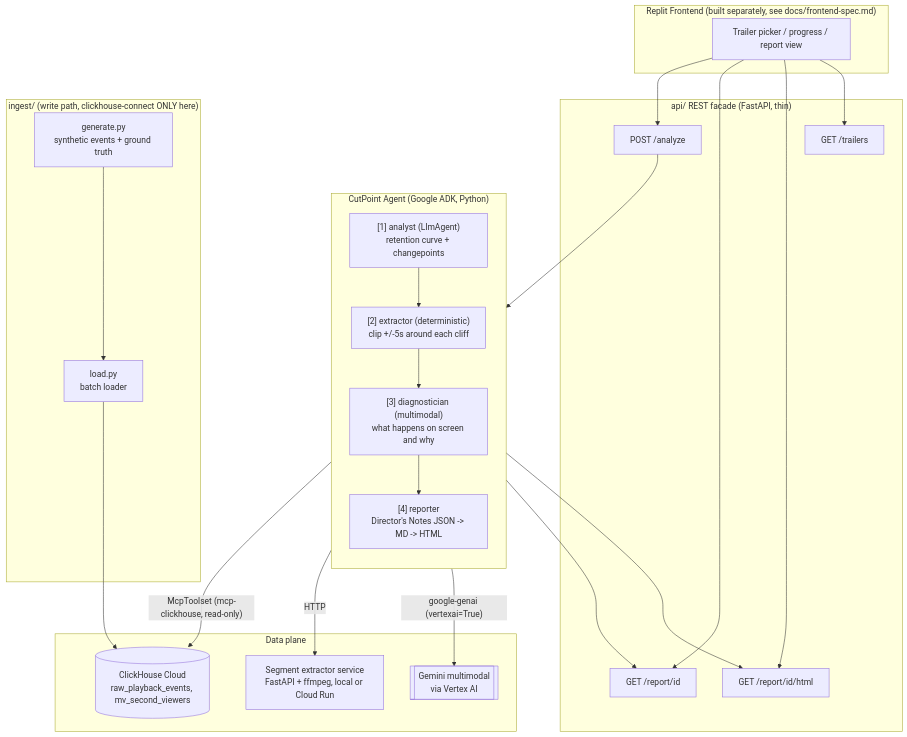
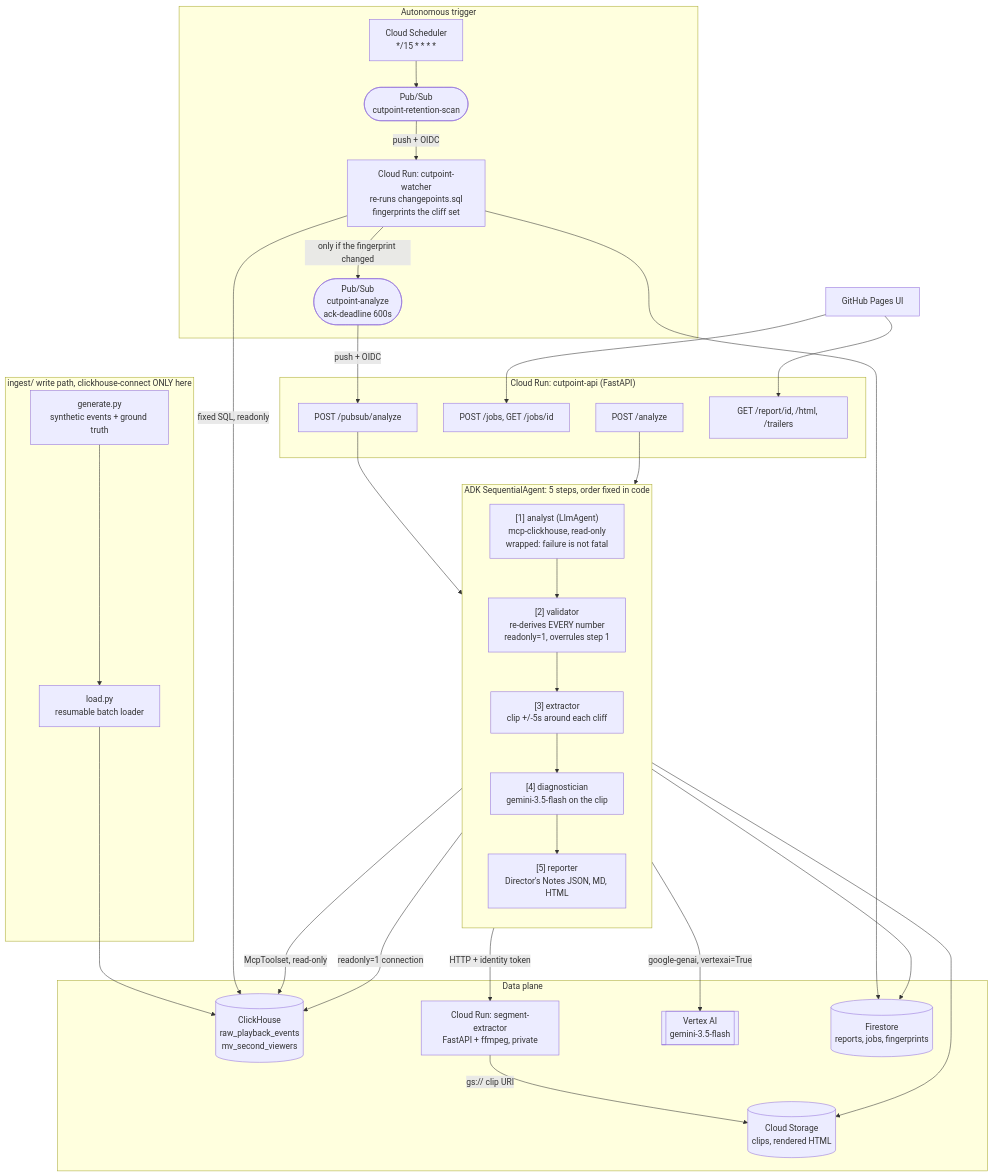
The diagram in docs/architecture.md (DynamiteC/cut-point), drawn with Mermaid before and after one commit. The commit also changed other lines of this file and 3 other files, not shown here.

````diff
--- a/docs/architecture.md
+++ b/docs/architecture.md
@@ -16,42 +34,57 @@
 ```mermaid
 flowchart TB
-    subgraph Frontend["Replit Frontend (built separately, see docs/frontend-spec.md)"]
-        UI[Trailer picker / progress / report view]
+    subgraph Trigger["Autonomous trigger"]
+        Sched["Cloud Scheduler\n*/15 * * * *"]
+        ScanTopic(["Pub/Sub\ncutpoint-retention-scan"])
+        Watcher["Cloud Run: cutpoint-watcher\nre-runs changepoints.sql\nfingerprints the cliff set"]
+        AnalyzeTopic(["Pub/Sub\ncutpoint-analyze\nack-deadline 600s"])
+        Sched --> ScanTopic -- "push + OIDC" --> Watcher
+        Watcher -- "only if the fingerprint changed" --> AnalyzeTopic
     end
 
-    subgraph API["api/ REST facade (FastAPI, thin)"]
+    subgraph API["Cloud Run: cutpoint-api (FastAPI)"]
+        Push[POST /pubsub/analyze]
+        Jobs[POST /jobs, GET /jobs/id]
         Analyze[POST /analyze]
-        Report[GET /report/id]
-        ReportHtml[GET /report/id/html]
-        Trailers[GET /trailers]
+        Report[GET /report/id, /html, /trailers]
     end
 
-    subgraph Agent["CutPoint Agent (Google ADK, Python)"]
+    subgraph Agent["ADK SequentialAgent: 5 steps, order fixed in code"]
         direction TB
-        Analyst["[1] analyst (LlmAgent)\nretention curve + changepoints"]
-        Extractor["[2] extractor (deterministic)\nclip +/-5s around each cliff"]
-        Diagnostician["[3] diagnostician (multimodal)\nwhat happens on screen and why"]
-        Reporter["[4] reporter\nDirector's Notes JSON -> MD -> HTML"]
-        Analyst --> Extractor --> Diagnostician --> Reporter
+        Analyst["[1] analyst (LlmAgent)\nmcp-clickhouse, read-only\nwrapped: failure is not fatal"]
+        Validator["[2] validator\nre-derives EVERY number\nreadonly=1, overrules step 1"]
+        Extractor["[3] extractor\nclip +/-5s around each cliff"]
+        Diagnostician["[4] diagnostician\ngemini-3.5-flash on the clip"]
+        Reporter["[5] reporter\nDirector's Notes JSON, MD, HTML"]
+        Analyst --> Validator --> Extractor --> Diagnostician --> Reporter
     end
 
     subgraph Data["Data plane"]
-        CH[(ClickHouse Cloud\nraw_playback_events, mv_second_viewers)]
-        Seg[Segment extractor service\nFastAPI + ffmpeg, local or Cloud Run]
-        Gemini[[Gemini multimodal\nvia Vertex AI]]
+        CH[(ClickHouse\nraw_playback_events\nmv_second_viewers)]
+        Seg["Cloud Run: segment-extractor\nFastAPI + ffmpeg, private"]
+        Gemini[[Vertex AI\ngemini-3.5-flash]]
+        FS[(Firestore\nreports, jobs, fingerprints)]
+        GCS[(Cloud Storage\nclips, rendered HTML)]
     end
 
-    subgraph Ingest["ingest/ (write path, clickhouse-connect ONLY here)"]
-        Gen[generate.py\nsynthetic events + ground truth]
-        Load[load.py\nbatch loader]
+    subgraph Ingest["ingest/ write path, clickhouse-connect ONLY here"]
+        Gen["generate.py\nsynthetic events + ground truth"]
+        Load["load.py\nresumable batch loader"]
         Gen --> Load --> CH
     end
 
-    UI --> Analyze & Report & ReportHtml & Trailers
+    UI["GitHub Pages UI"] --> Report
+    UI --> Jobs
+    AnalyzeTopic -- "push + OIDC" --> Push
+    Push --> Agent
     Analyze --> Agent
-    Analyst -- "McpToolset (mcp-clickhouse, read-only)" --> CH
-    Extractor -- HTTP --> Seg
-    Diagnostician -- "google-genai (vertexai=True)" --> Gemini
-    Reporter --> Report
-    Reporter --> ReportHtml
+    Watcher -- "fixed SQL, readonly" --> CH
+    Watcher --> FS
+    Analyst -- "McpToolset, read-only" --> CH
+    Validator -- "readonly=1 connection" --> CH
+    Extractor -- "HTTP + identity token" --> Seg
+    Seg -- "gs:// clip URI" --> GCS
+    Diagnostician -- "google-genai, vertexai=True" --> Gemini
+    Reporter --> FS
+    Reporter --> GCS
 ```
````
